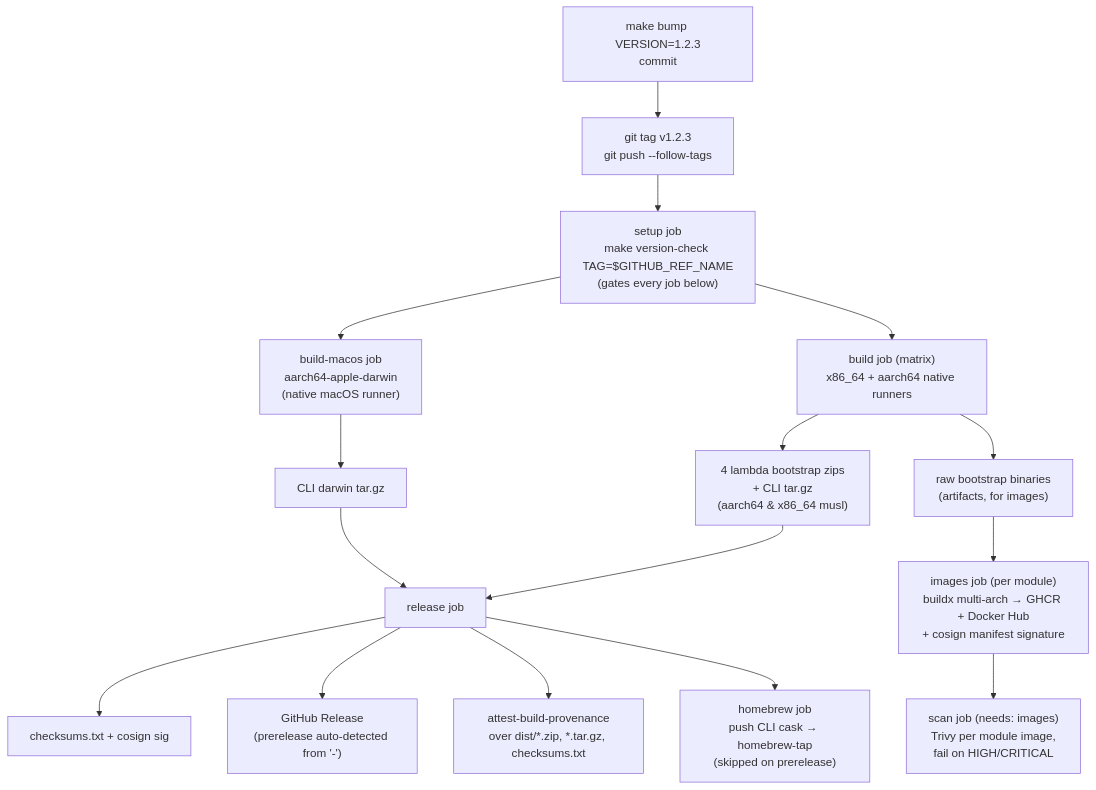
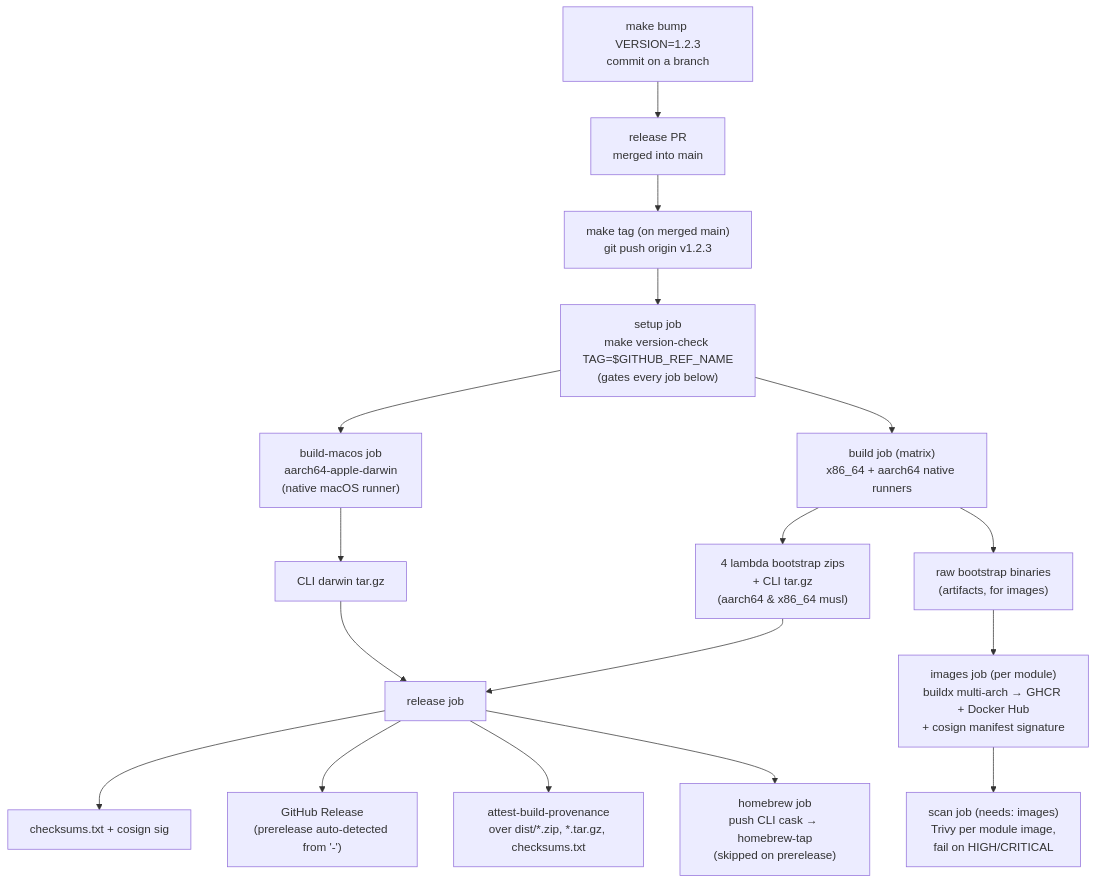
The diagram in docs/development.md (boogy/cloudtrail-rs), drawn with Mermaid before and after one commit. The commit also changed other lines of this file and 6 other files, not shown here.

````diff
--- a/docs/development.md
+++ b/docs/development.md
@@ -142,18 +167,19 @@
 ```mermaid
 flowchart TD
-    BUMP["make bump VERSION=1.2.3<br/>commit"] --> TAG["git tag v1.2.3<br/>git push --follow-tags"]
+    BUMP["make bump VERSION=1.2.3<br/>commit on a branch"] --> PR["release PR<br/>merged into main"]
+    PR --> TAG["make tag (on merged main)<br/>git push origin v1.2.3"]
     TAG --> GATE["setup job<br/>make version-check TAG=$GITHUB_REF_NAME<br/>(gates every job below)"]
     GATE --> B["build job (matrix)<br/>x86_64 + aarch64 native runners"]
     GATE --> BM["build-macos job<br/>aarch64-apple-darwin<br/>(native macOS runner)"]
     B --> BINS["4 lambda bootstrap zips<br/>+ CLI tar.gz<br/>(aarch64 & x86_64 musl)"]
     B --> RAW["raw bootstrap binaries<br/>(artifacts, for images)"]
     BM --> DARWIN["CLI darwin tar.gz"]
     BINS --> REL["release job"]
     DARWIN --> REL
     REL --> SUMS["checksums.txt + cosign sig"]
     REL --> GH["GitHub Release<br/>(prerelease auto-detected from '-')"]
     REL --> ATT["attest-build-provenance<br/>over dist/*.zip, *.tar.gz, checksums.txt"]
     REL --> BREW["homebrew job<br/>push CLI cask → homebrew-tap<br/>(skipped on prerelease)"]
     RAW --> IMG["images job (per module)<br/>buildx multi-arch → GHCR + Docker Hub<br/>+ cosign manifest signature"]
     IMG --> SCAN["scan job (needs: images)<br/>Trivy per module image,<br/>fail on HIGH/CRITICAL"]
 ```
````
